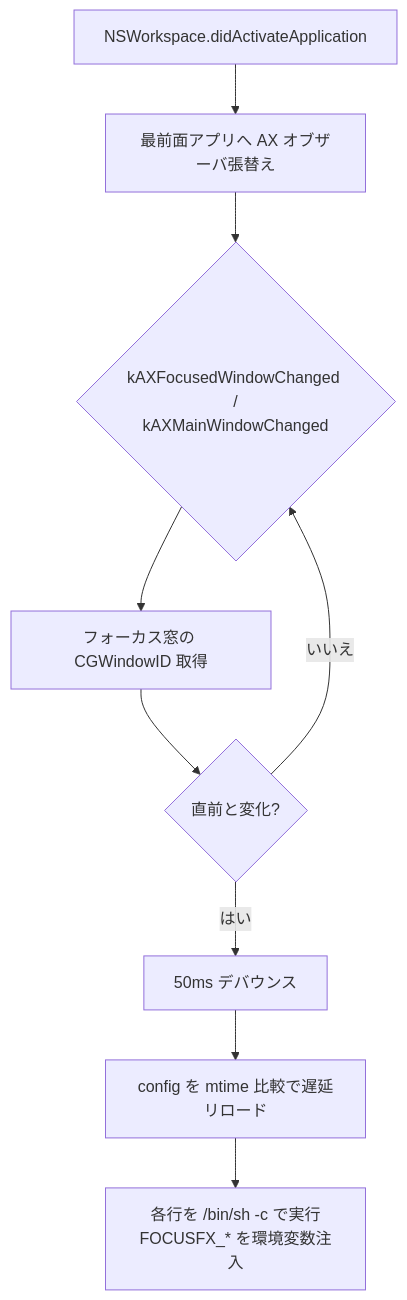
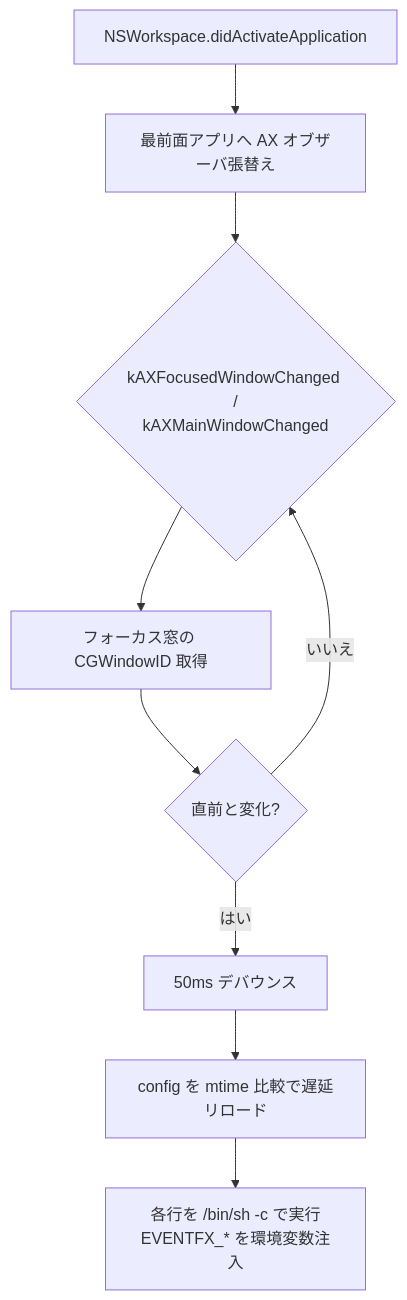
The diagram in README.ja.md (akira-toriyama/eventfx), drawn with Mermaid before and after one commit. The commit also changed other lines of this file and 13 other files, not shown here.

First line of the commit message:
:wrench: chore: rename focusfx → eventfx (broaden to general event broker)

````diff
--- a/README.ja.md
+++ b/README.ja.md
@@ -20,11 +20,11 @@
 ```mermaid
 flowchart TD
     A[NSWorkspace.didActivateApplication] --> B[最前面アプリへ AX オブザーバ張替え]
     B --> C{kAXFocusedWindowChanged /<br/>kAXMainWindowChanged}
     C --> D[フォーカス窓の CGWindowID 取得]
     D --> E{直前と変化?}
     E -- いいえ --> C
     E -- はい --> F[50ms デバウンス]
     F --> G[config を mtime 比較で遅延リロード]
-    G --> H[各行を /bin/sh -c で実行<br/>FOCUSFX_* を環境変数注入]
+    G --> H[各行を /bin/sh -c で実行<br/>EVENTFX_* を環境変数注入]
 ```
````
